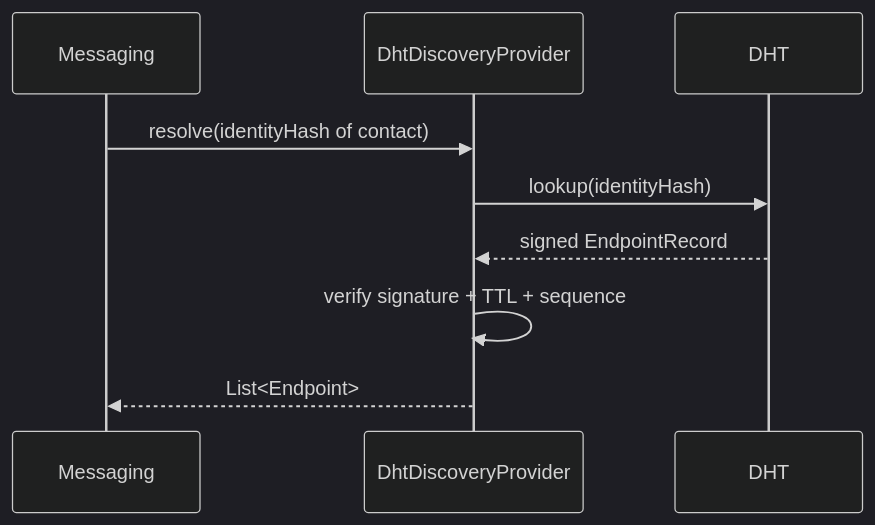
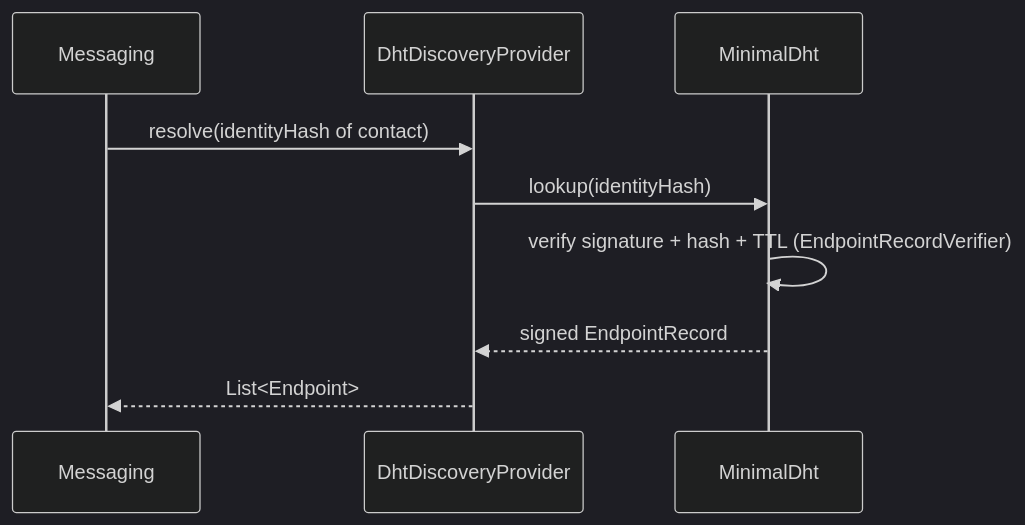
Before and after one commit to 0xAsghar/vMessenger: the sixth of 6 diagrams in docs/Discovery.md, drawn with Mermaid (dark theme). The commit also changed other lines of this file and 16 other files, not shown here.

````diff
--- a/docs/Discovery.md
+++ b/docs/Discovery.md
@@ -150,11 +156,11 @@
 ```mermaid
 sequenceDiagram
   participant App as Messaging
   participant Disc as DhtDiscoveryProvider
-  participant DHT as DHT
+  participant DHT as MinimalDht
   App->>Disc: resolve(identityHash of contact)
   Disc->>DHT: lookup(identityHash)
+  DHT->>DHT: verify signature + hash + TTL (EndpointRecordVerifier)
   DHT-->>Disc: signed EndpointRecord
-  Disc->>Disc: verify signature + TTL + sequence
   Disc-->>App: List<Endpoint>
 ```
````
